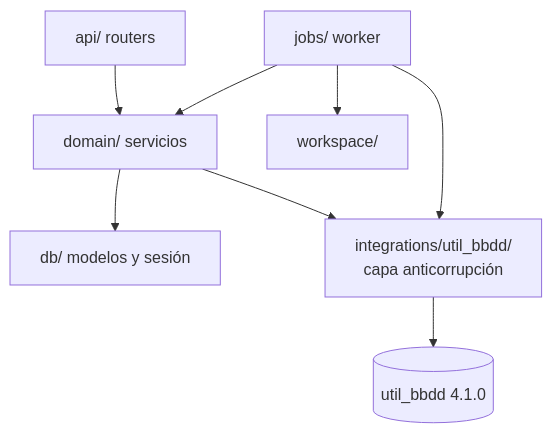
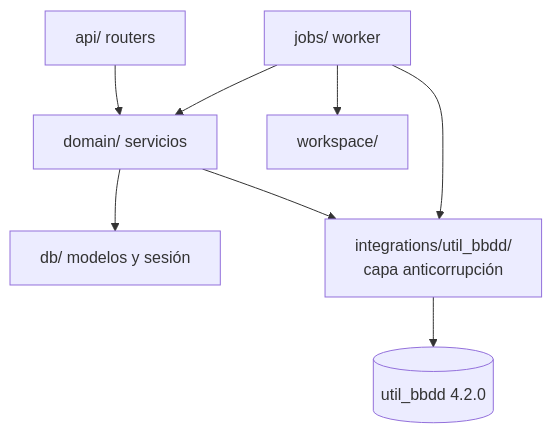
Before and after one commit to fmanza/util_bbdd_web: the second of 2 diagrams in docs/architecture.md, drawn with Mermaid. The commit also changed 8 other files, not shown here.

First line of the commit message:
chore(backend): util_bbdd 4.2.0

````diff
--- a/docs/architecture.md
+++ b/docs/architecture.md
@@ -31,10 +31,10 @@
 ```mermaid
 flowchart TB
     api[api/ routers] --> domain[domain/ servicios]
     domain --> db[db/ modelos y sesión]
     domain --> integ[integrations/util_bbdd/<br/>capa anticorrupción]
     jobs[jobs/ worker] --> domain
     jobs --> integ
     jobs --> ws[workspace/]
-    integ --> lib[(util_bbdd 4.1.0)]
+    integ --> lib[(util_bbdd 4.2.0)]
 ```
````
